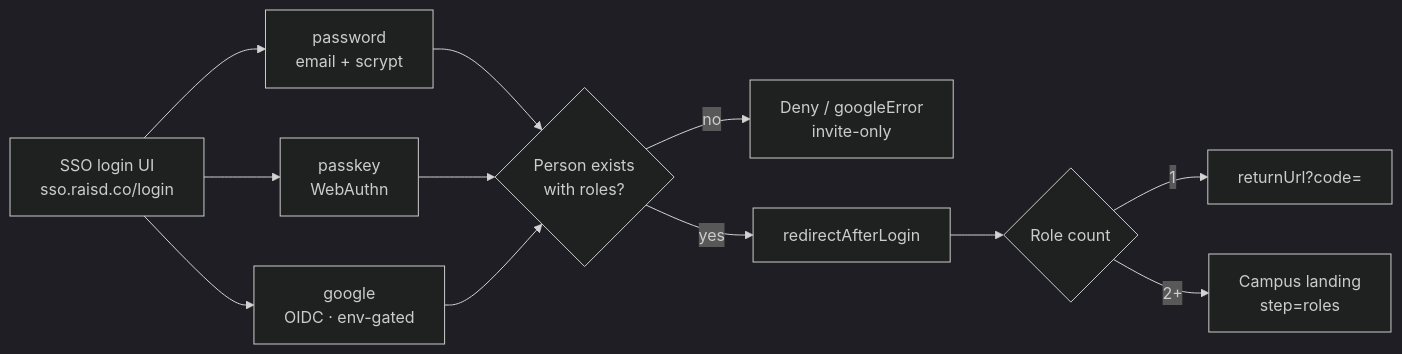
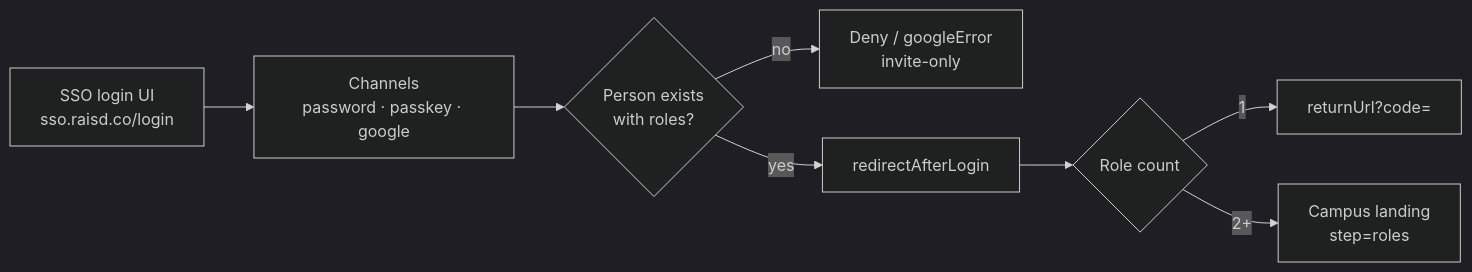
One commit to raisd-campus/portal-api-docs changed the diagram in diagrams/sso/mermaid/02-login-channels.mmd. Above: the diagram before and after it, drawn with Mermaid (dark theme). The commit also changed 2 other files, not shown here.

Commit message:
Mirror flattened left-to-right SSO login-channel diagram.

```diff
--- a/diagrams/sso/mermaid/02-login-channels.mmd
+++ b/diagrams/sso/mermaid/02-login-channels.mmd
@@ -1,17 +1,9 @@
 flowchart LR
   LOGIN["SSO login UI<br/>sso.raisd.co/login"]
-
-  LOGIN --> PW["password<br/>email + scrypt"]
-  LOGIN --> PK["passkey<br/>WebAuthn"]
-  LOGIN --> GO["google<br/>OIDC · env-gated"]
-
-  PW --> MATCH{Person exists<br/>with roles?}
-  PK --> MATCH
-  GO --> MATCH
-
+  --> CH["Channels<br/>password · passkey · google"]
+  --> MATCH{Person exists<br/>with roles?}
   MATCH -->|no| DENY["Deny / googleError<br/>invite-only"]
   MATCH -->|yes| CONT["redirectAfterLogin"]
-
-  CONT --> ONE{Role count}
+  --> ONE{Role count}
   ONE -->|1| CODE["returnUrl?code="]
   ONE -->|2+| PICK["Campus landing<br/>step=roles"]
```
